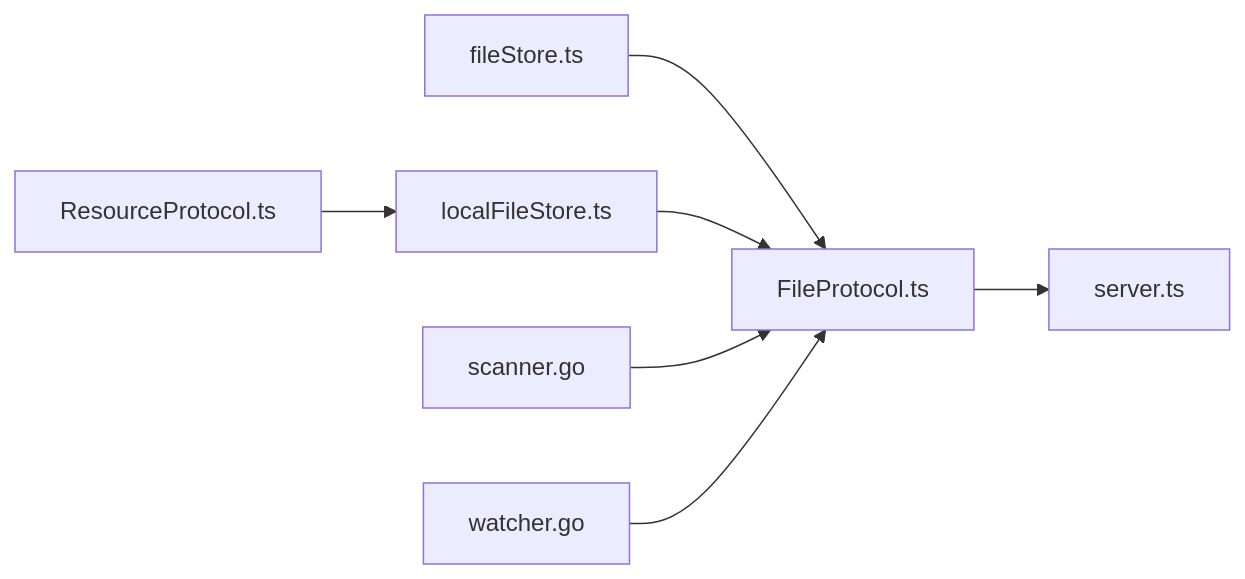
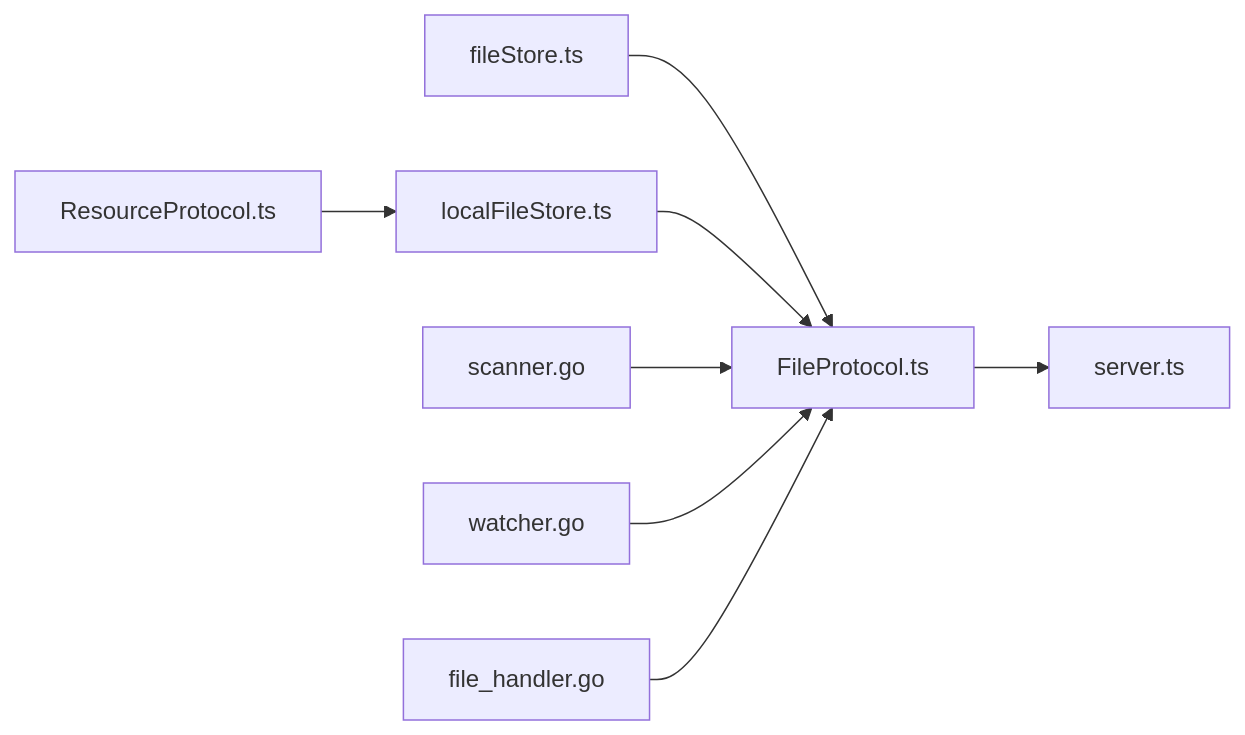
The seventh of 7 diagrams in .qoder/repowiki/zh/content/状态管理系统/文件状态管理.md (kqcoxn/MaaPipelineEditor), drawn with Mermaid before and after one commit. The commit also changed other lines of this file and 37 other files, not shown here.

````diff
--- a/.qoder/repowiki/zh/content/状态管理系统/文件状态管理.md
+++ b/.qoder/repowiki/zh/content/状态管理系统/文件状态管理.md
@@ -330,9 +350,10 @@
 ```mermaid
 graph LR
 FS["fileStore.ts"] --> FP["FileProtocol.ts"]
 LFS["localFileStore.ts"] --> FP
 FP --> SV["server.ts"]
 SCN["scanner.go"] --> FP
 WAT["watcher.go"] --> FP
+FH["file_handler.go"] --> FP
 RP["ResourceProtocol.ts"] --> LFS
 ```
````
